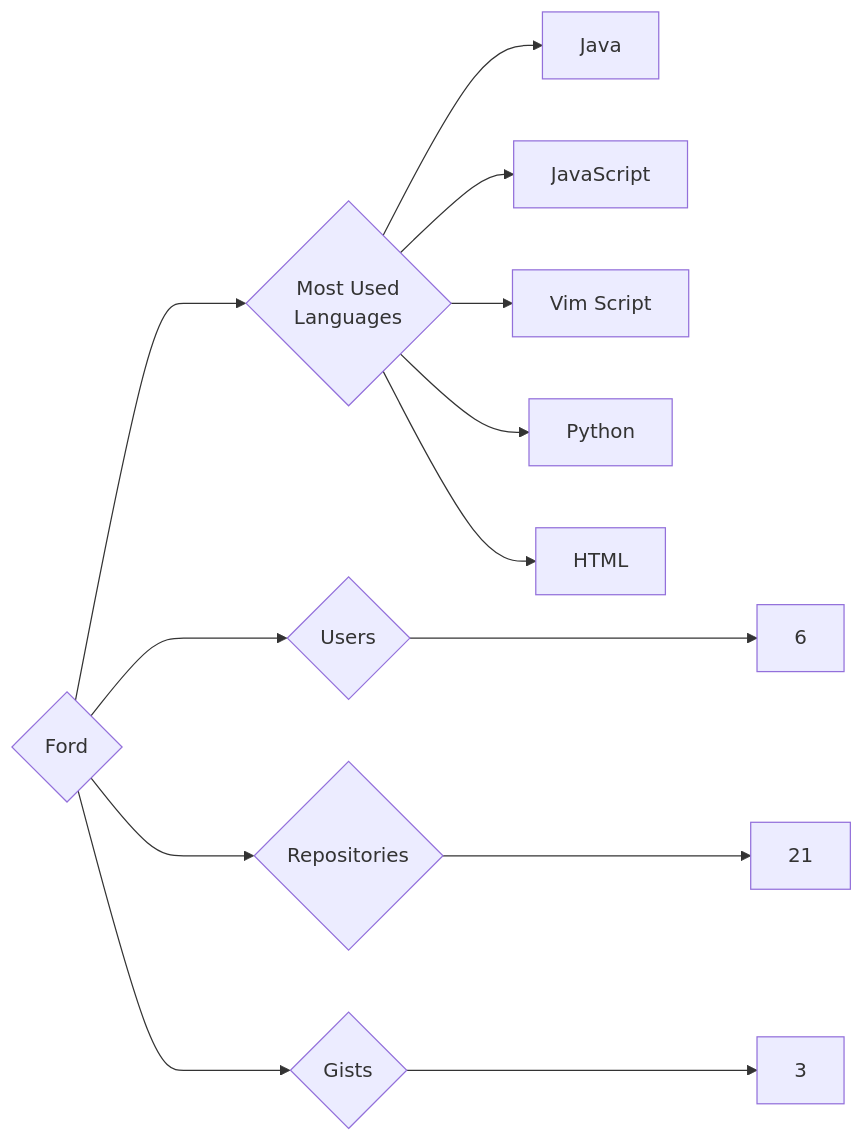
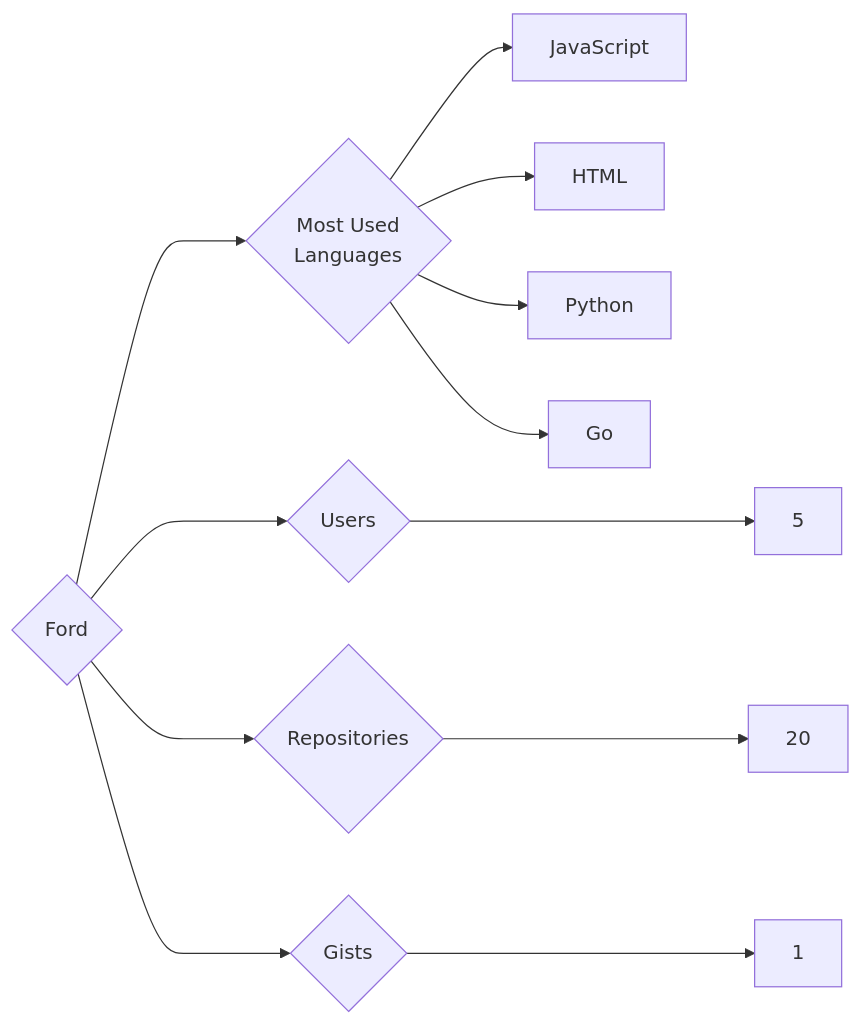
Before and after one commit to trickest/insiders: the diagram in targets/Ford/README.md, drawn with Mermaid. The commit also changed 1088 other files, not shown here.

````diff
--- a/targets/Ford/README.md
+++ b/targets/Ford/README.md
@@ -3,13 +3,12 @@
 ```mermaid
 graph LR
 COMPANY_NAME{Ford}
-COMPANY_NAME ---> U{Users} ---> UN[6]
-COMPANY_NAME ---> R{Repositories} ---> RN[21]
-COMPANY_NAME ---> G{Gists} ---> GN[3]
+COMPANY_NAME ---> U{Users} ---> UN[5]
+COMPANY_NAME ---> R{Repositories} ---> RN[20]
+COMPANY_NAME ---> G{Gists} ---> GN[1]
 COMPANY_NAME ---> ML{Most Used<br>Languages}
-ML --> Java[Java]
 ML --> JavaScript[JavaScript]
-ML --> Vim_Script[Vim Script]
+ML --> HTML[HTML]
 ML --> Python[Python]
-ML --> HTML[HTML]
+ML --> Go[Go]
 ```
````
